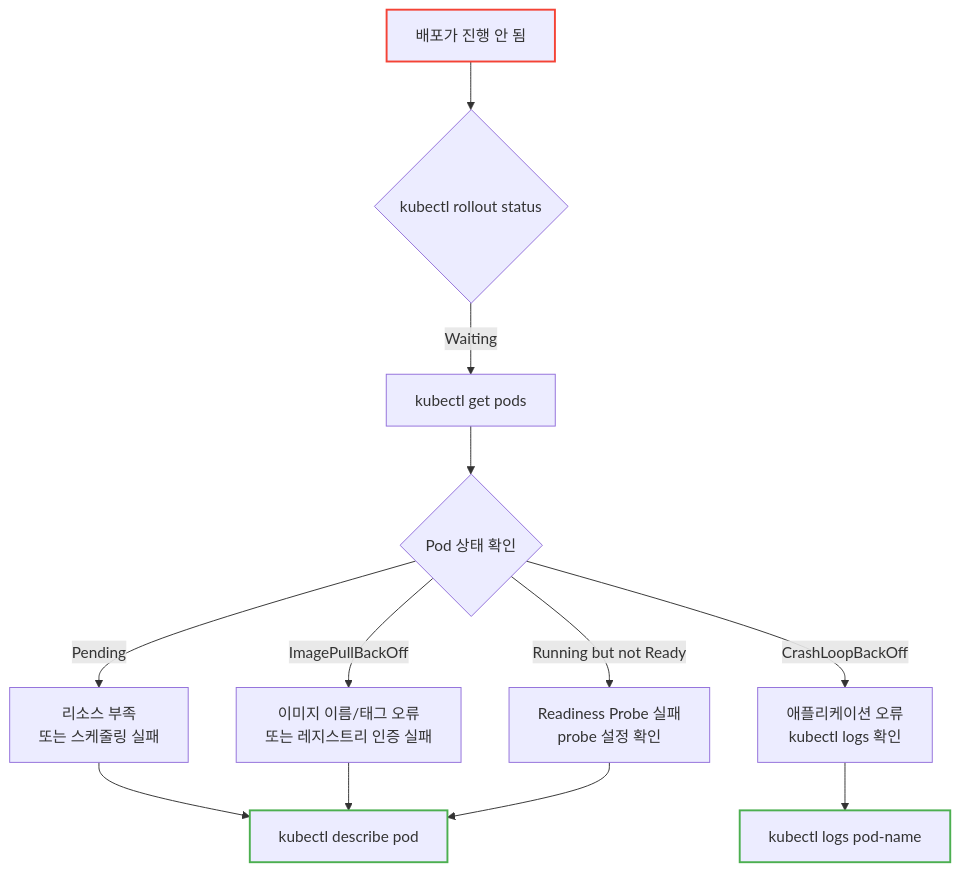
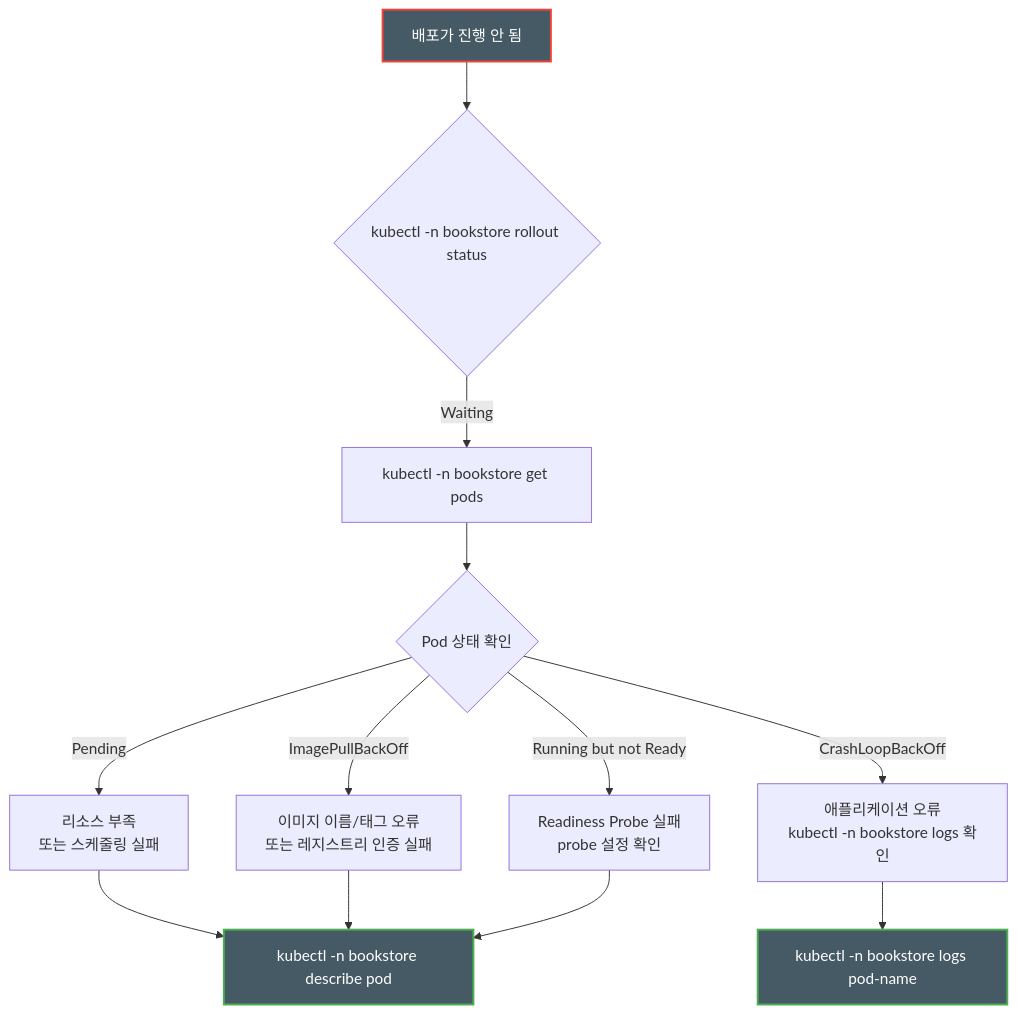
Before and after one commit to sskim91/TIL: the third of 5 diagrams in kubernetes/Kubernetes-ReplicaSet-Deployment.md, drawn with Mermaid. The commit also changed other lines of this file and 39 other files, not shown here.

````diff
--- a/kubernetes/Kubernetes-ReplicaSet-Deployment.md
+++ b/kubernetes/Kubernetes-ReplicaSet-Deployment.md
@@ -597,20 +466,20 @@
 ```mermaid
 flowchart TD
-    A[배포가 진행 안 됨] --> B{kubectl rollout status}
-    B -->|Waiting| C[kubectl get pods]
+    A[배포가 진행 안 됨] --> B{kubectl -n bookstore rollout status}
+    B -->|Waiting| C[kubectl -n bookstore get pods]
     C --> D{Pod 상태 확인}
 
     D -->|Pending| E[리소스 부족<br>또는 스케줄링 실패]
     D -->|ImagePullBackOff| F[이미지 이름/태그 오류<br>또는 레지스트리 인증 실패]
-    D -->|CrashLoopBackOff| G[애플리케이션 오류<br>kubectl logs 확인]
+    D -->|CrashLoopBackOff| G[애플리케이션 오류<br>kubectl -n bookstore logs 확인]
     D -->|Running but not Ready| H[Readiness Probe 실패<br>probe 설정 확인]
 
-    E --> I[kubectl describe pod]
+    E --> I[kubectl -n bookstore describe pod]
     F --> I
-    G --> J[kubectl logs pod-name]
+    G --> J[kubectl -n bookstore logs pod-name]
     H --> I
 
-    style A stroke:#f44336,stroke-width:2px
-    style J stroke:#4CAF50,stroke-width:2px
-    style I stroke:#4CAF50,stroke-width:2px
+    style A stroke:#f44336,stroke-width:2px,fill:#455A64,color:#fff
+    style J stroke:#4CAF50,stroke-width:2px,fill:#455A64,color:#fff
+    style I stroke:#4CAF50,stroke-width:2px,fill:#455A64,color:#fff
 ```
````
